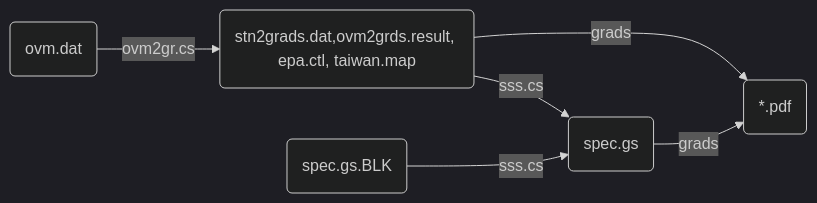
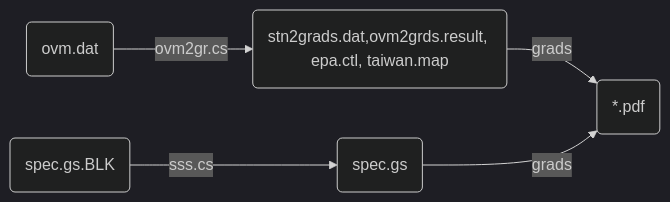
The diagram in _posts/2022-07-21-ovm2grads.md (sinotec2/FAQ), drawn with Mermaid (dark theme) before and after one commit.

````diff
--- a/_posts/2022-07-21-ovm2grads.md
+++ b/_posts/2022-07-21-ovm2grads.md
@@ -21,8 +21,7 @@
 ```mermaid
 graph LR
     A(ovm.dat) -- ovm2gr.cs --> B(stn2grads.dat,ovm2grds.result, epa.ctl, taiwan.map)
-    B(stn2grads.dat,ovm2grds.result, epa.ctl, taiwan.map) -- sss.cs --> C(spec.gs)
     D(spec.gs.BLK) -- sss.cs --> C(spec.gs)
     B -- grads --> E(*.pdf)
     C -- grads --> E(*.pdf)
 ```
````
